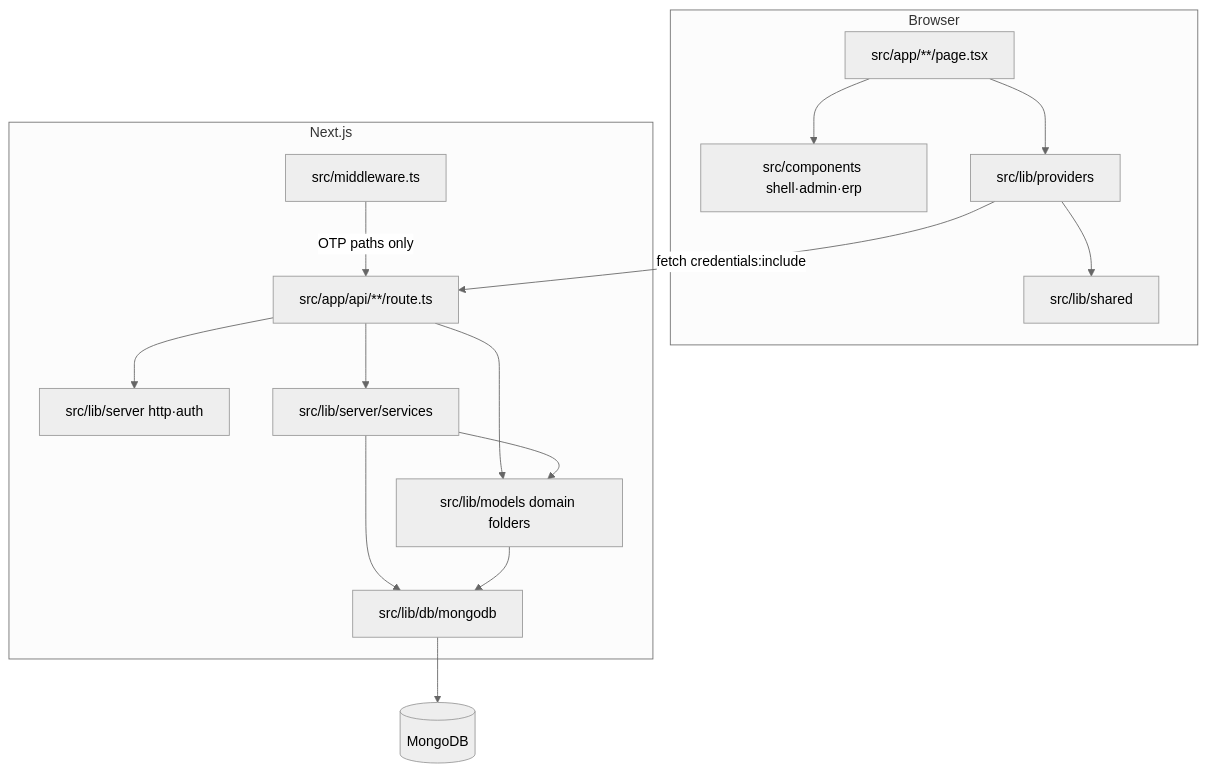
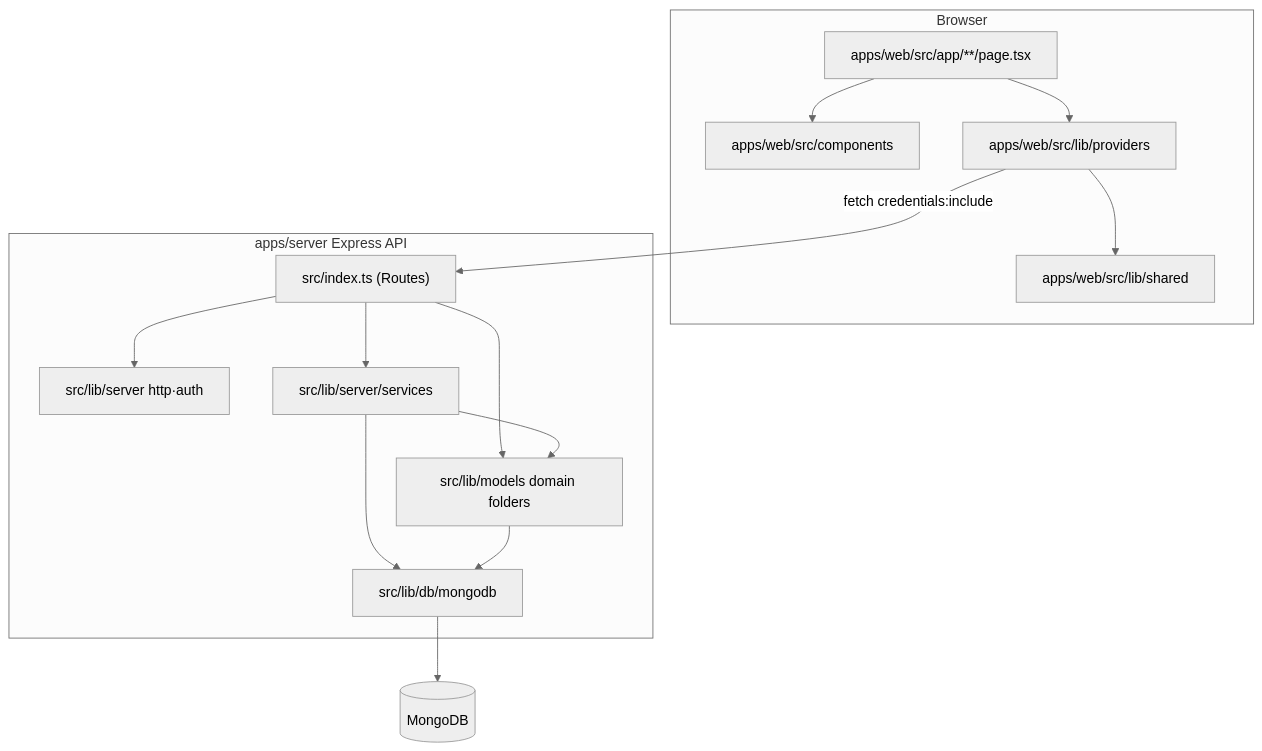
Before and after one commit to 3techpillar/schoolconnectAI: the first of 2 diagrams in docs/ARCHITECTURE.md, drawn with Mermaid (neutral theme). The commit also changed other lines of this file and 8 other files, not shown here.

````diff
--- a/docs/ARCHITECTURE.md
+++ b/docs/ARCHITECTURE.md
@@ -59,30 +59,28 @@
 ```mermaid
 flowchart TB
   subgraph browser [Browser]
-    Pages["src/app/**/page.tsx"]
-    Components["src/components shell·admin·erp"]
-    Providers["src/lib/providers"]
-    Shared["src/lib/shared"]
+    Pages["apps/web/src/app/**/page.tsx"]
+    Components["apps/web/src/components"]
+    Providers["apps/web/src/lib/providers"]
+    Shared["apps/web/src/lib/shared"]
   end
-  subgraph next [Next.js]
-    MW["src/middleware.ts"]
-    Api["src/app/api/**/route.ts"]
+  subgraph server [apps/server Express API]
+    Api["src/index.ts (Routes)"]
     Infra["src/lib/server http·auth"]
-    Server["src/lib/server/services"]
+    Services["src/lib/server/services"]
     Models["src/lib/models domain folders"]
     DB["src/lib/db/mongodb"]
   end
   Mongo[(MongoDB)]
   Pages --> Components
   Pages --> Providers
   Providers --> Shared
   Providers -->|fetch credentials:include| Api
-  MW -->|OTP paths only| Api
   Api --> Infra
-  Api --> Server
+  Api --> Services
   Api --> Models
-  Server --> Models
-  Server --> DB
+  Services --> Models
+  Services --> DB
   Models --> DB
   DB --> Mongo
 ```
````
